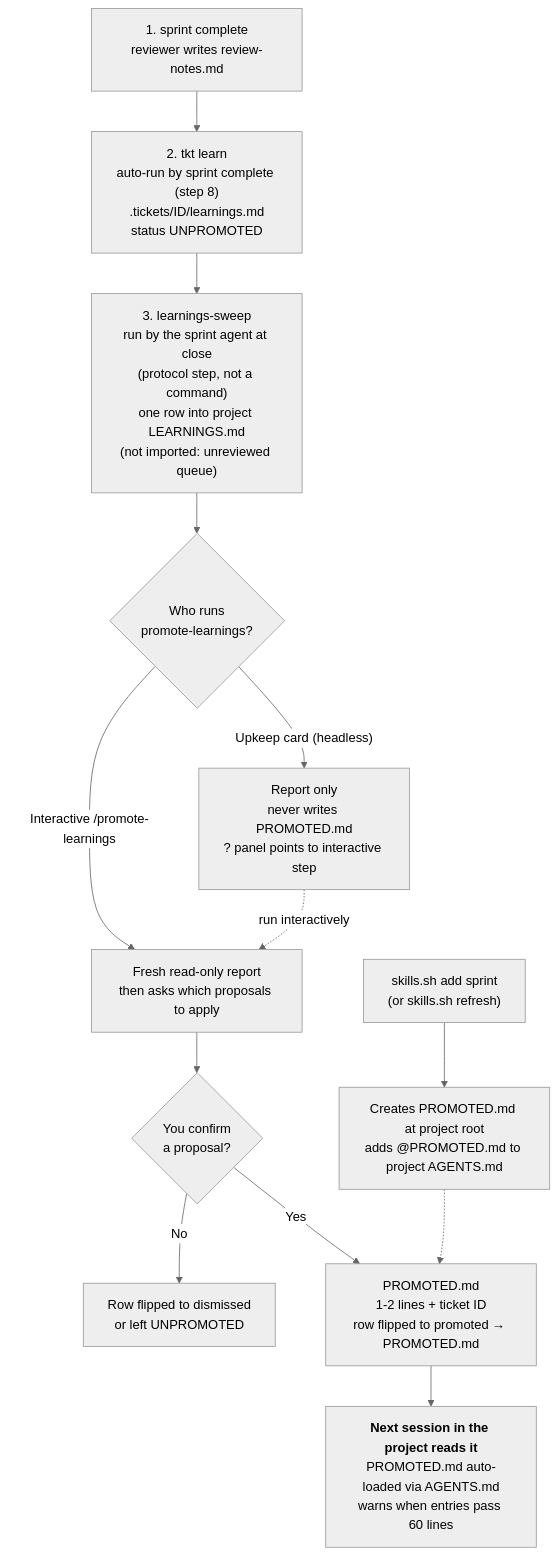
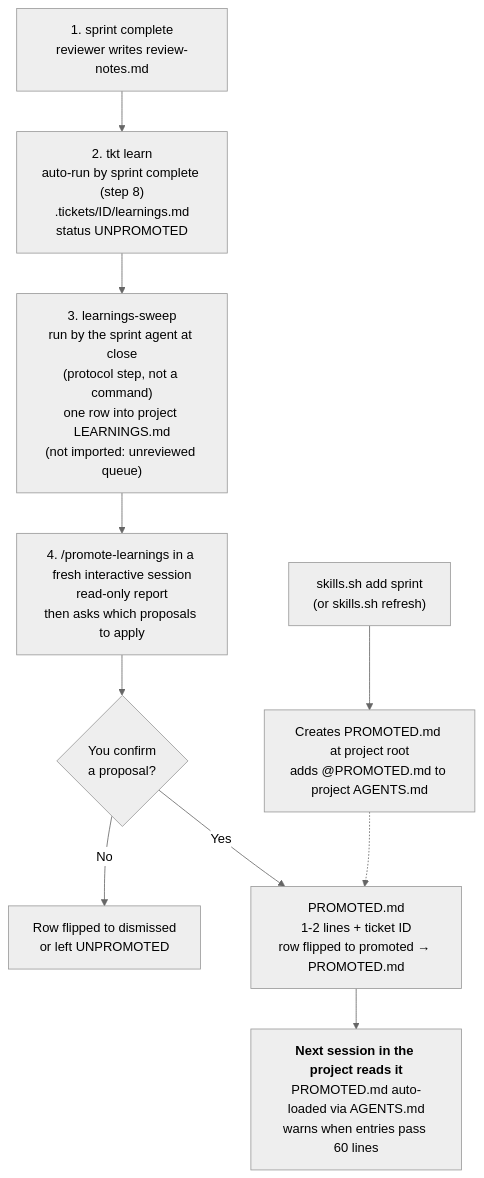
One commit to sunitghub/canon-skills changed the second of 2 diagrams in docs/learnings.md. Above: the diagram before and after it, drawn with Mermaid (neutral theme). The commit also changed other lines of this file and 42 other files, not shown here.

First line of the commit message:
security: remove Upkeep, so no board button or API starts a headless agent (t-0e8b)

````diff
--- a/docs/learnings.md
+++ b/docs/learnings.md
@@ -294,15 +290,12 @@
 ```mermaid
 flowchart TD
     S["skills.sh add sprint<br/>(or skills.sh refresh)"] --> T["Creates PROMOTED.md at project root<br/>adds @PROMOTED.md to project AGENTS.md"]
     A["1. sprint complete<br/>reviewer writes review-notes.md"] --> B["2. tkt learn<br/>auto-run by sprint complete (step 8)<br/>.tickets/ID/learnings.md<br/>status UNPROMOTED"]
     B --> E["3. learnings-sweep<br/>run by the sprint agent at close<br/>(protocol step, not a command)<br/>one row into project LEARNINGS.md<br/>(not imported: unreviewed queue)"]
-    E --> U{"Who runs<br/>promote-learnings?"}
-    U -- "Upkeep card (headless)" --> V["Report only<br/>never writes PROMOTED.md<br/>? panel points to interactive step"]
-    U -- "Interactive /promote-learnings" --> F["Fresh read-only report<br/>then asks which proposals to apply"]
-    V -. "run interactively" .-> F
+    E --> F["4. /promote-learnings in a fresh interactive session<br/>read-only report<br/>then asks which proposals to apply"]
     F --> G{"You confirm<br/>a proposal?"}
     G -- No --> H["Row flipped to dismissed<br/>or left UNPROMOTED"]
     G -- Yes --> Q["PROMOTED.md<br/>1-2 lines + ticket ID<br/>row flipped to promoted → PROMOTED.md"]
     T -.-> Q
     Q --> R["<b>Next session in the project reads it</b><br/>PROMOTED.md auto-loaded via AGENTS.md<br/>warns when entries pass 60 lines"]
 ```
````
